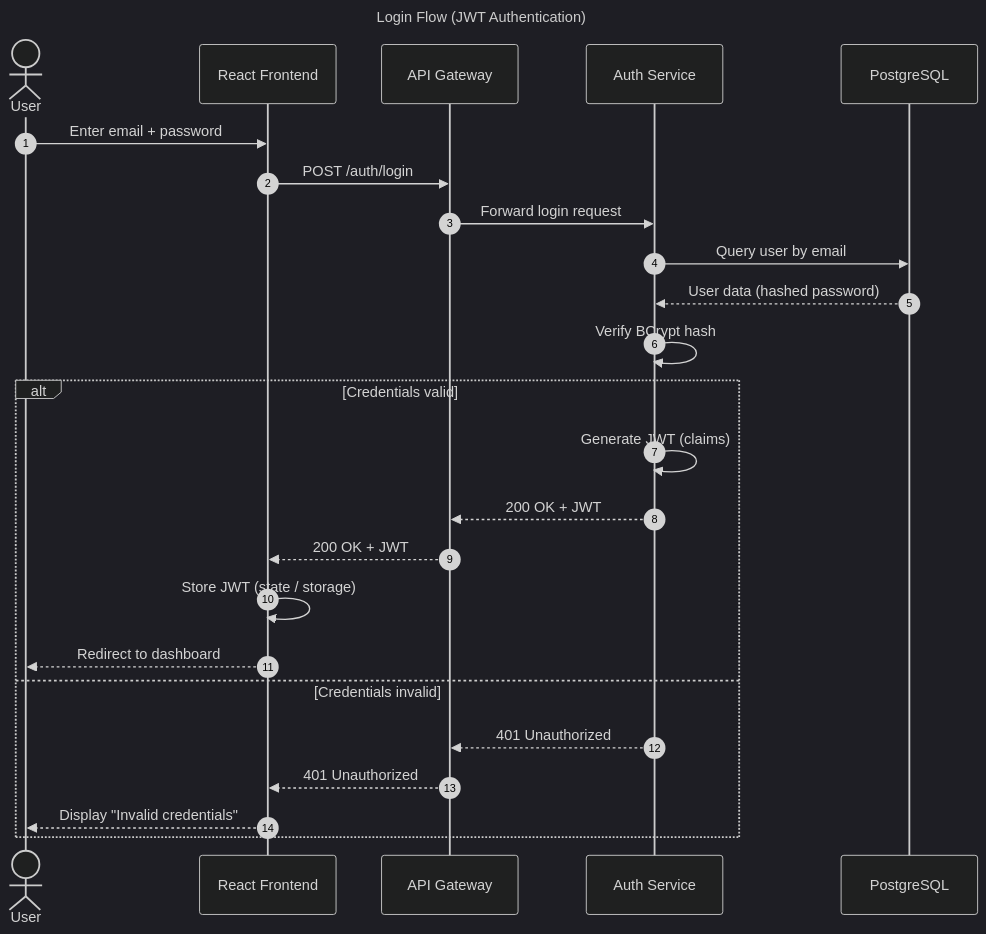
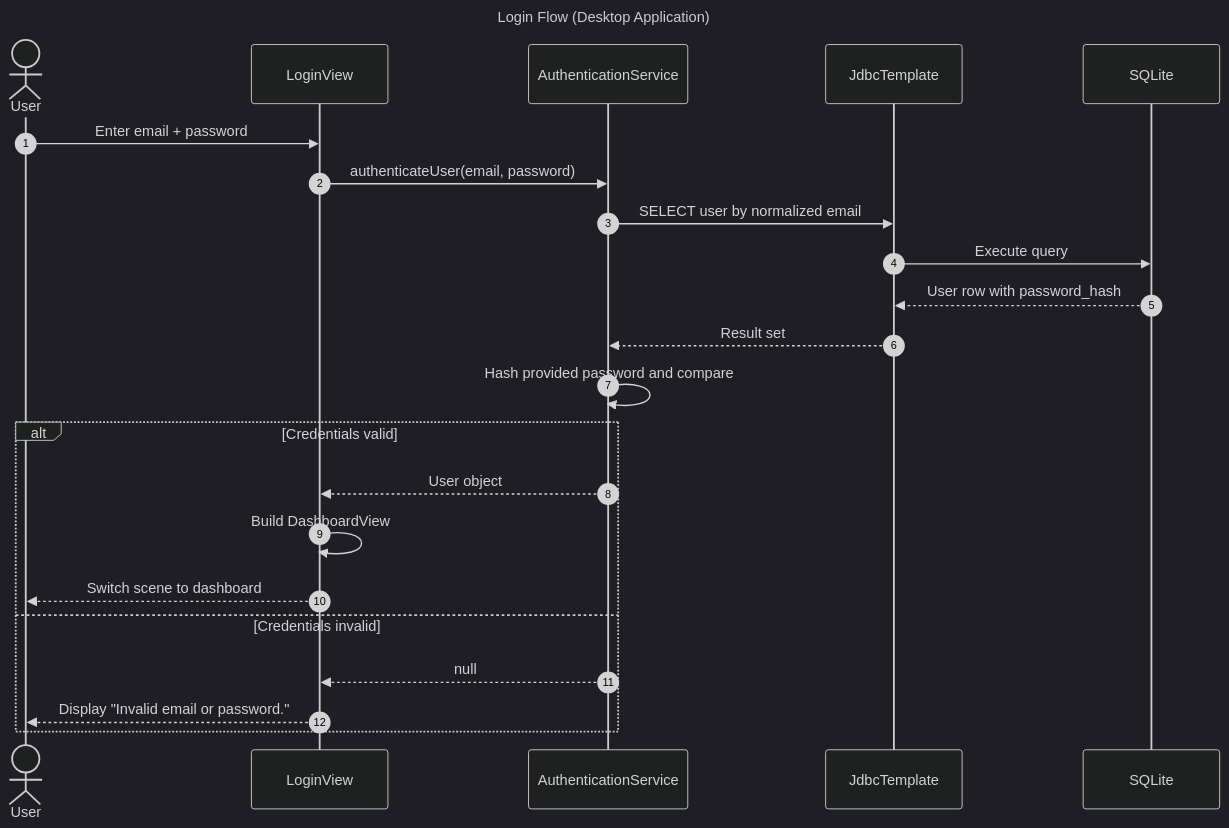
One commit to AtomicHank/UMGC-Comp-Sci changed the diagram in CMSC 495 Computer Science Capstone/cmsc495-expense-tracker-feature-unit-tests/docs/Visuals/login_sequence.mmd. Above: the diagram before and after it, drawn with Mermaid (dark theme). The commit also changed 65 other files, not shown here.

```diff
--- a/CMSC 495 Computer Science Capstone/cmsc495-expense-tracker-feature-unit-tests/docs/Visuals/login_sequence.mmd
+++ b/CMSC 495 Computer Science Capstone/cmsc495-expense-tracker-feature-unit-tests/docs/Visuals/login_sequence.mmd
@@ -1,29 +1,27 @@
 ---
-title: Login Flow (JWT Authentication)
+title: Login Flow (Desktop Application)
 ---
 sequenceDiagram
     autonumber
     actor U as User
-    participant FE as React Frontend
-    participant GW as API Gateway
-    participant AUTH as Auth Service
-    participant DB as PostgreSQL
+    participant LV as LoginView
+    participant AUTH as AuthenticationService
+    participant JDBC as JdbcTemplate
+    participant DB as SQLite
 
-    U->>FE: Enter email + password
-    FE->>GW: POST /auth/login
-    GW->>AUTH: Forward login request
-    AUTH->>DB: Query user by email
-    DB-->>AUTH: User data (hashed password)
-    AUTH->>AUTH: Verify BCrypt hash
+    U->>LV: Enter email + password
+    LV->>AUTH: authenticateUser(email, password)
+    AUTH->>JDBC: SELECT user by normalized email
+    JDBC->>DB: Execute query
+    DB-->>JDBC: User row with password_hash
+    JDBC-->>AUTH: Result set
+    AUTH->>AUTH: Hash provided password and compare
 
     alt Credentials valid
-        AUTH->>AUTH: Generate JWT (claims)
-        AUTH-->>GW: 200 OK + JWT
-        GW-->>FE: 200 OK + JWT
-        FE->>FE: Store JWT (state / storage)
-        FE-->>U: Redirect to dashboard
+        AUTH-->>LV: User object
+        LV->>LV: Build DashboardView
+        LV-->>U: Switch scene to dashboard
     else Credentials invalid
-        AUTH-->>GW: 401 Unauthorized
-        GW-->>FE: 401 Unauthorized
-        FE-->>U: Display "Invalid credentials"
+        AUTH-->>LV: null
+        LV-->>U: Display "Invalid email or password."
     end
```
